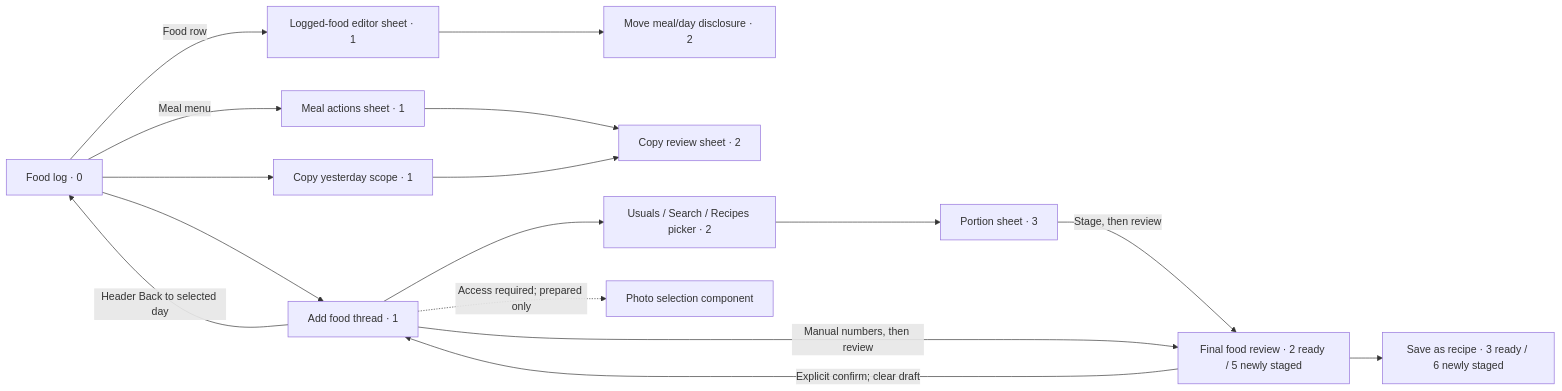
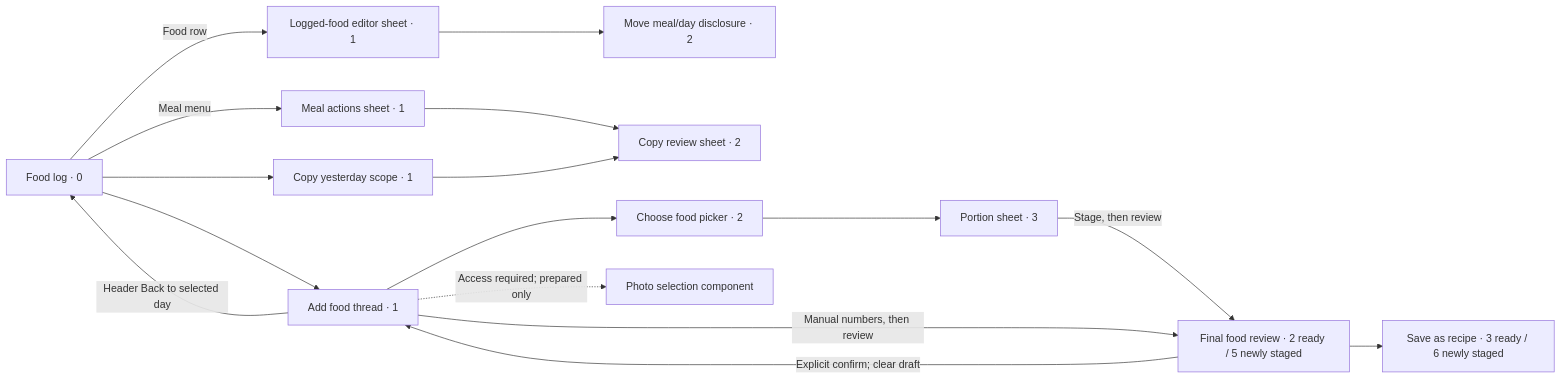
The tenth of 14 diagrams in docs/app-map.md (BenCBanks/kinetta), drawn with Mermaid before and after one commit. The commit also changed other lines of this file and 9 other files, not shown here.

````diff
--- a/docs/app-map.md
+++ b/docs/app-map.md
@@ -465,18 +467,18 @@
 ```mermaid
 flowchart LR
  N["Food log · 0"] -->|Food row| FE["Logged-food editor sheet · 1"]
  FE --> FM["Move meal/day disclosure · 2"]
  N -->|Meal menu| ME["Meal actions sheet · 1"]
  ME --> CP["Copy review sheet · 2"]
  N --> COPY["Copy yesterday scope · 1"]
  COPY --> CP
  N --> T["Add food thread · 1"]
- T --> P["Usuals / Search / Recipes picker · 2"]
+ T --> P["Choose food picker · 2"]
  P --> AM["Portion sheet · 3"]
  AM -->|Stage, then review| F["Final food review · 2 ready / 5 newly staged"]
  T -->|Manual numbers, then review| F
  F -->|Explicit confirm; clear draft| T
  F --> FR["Save as recipe · 3 ready / 6 newly staged"]
  T -->|Header Back to selected day| N
  T -.->|Access required; prepared only| PHOTO["Photo selection component"]
 ```
````
